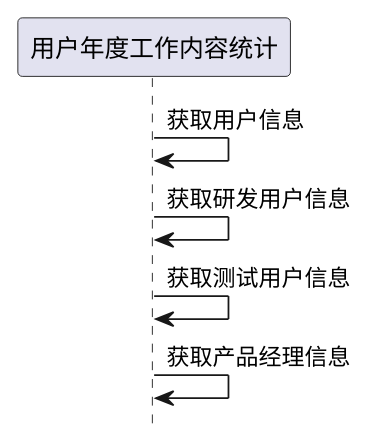
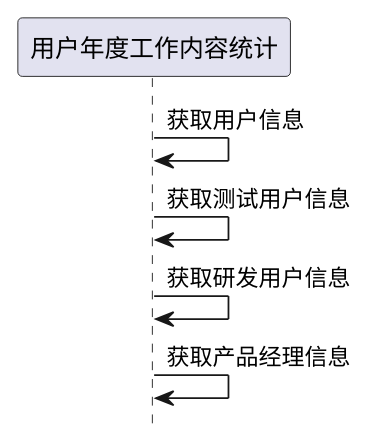
Before and after one commit to goblinln/iBizPMS: the second of 5 diagrams in ibizpms-docs/src/main/doc/v1/module/ibiz/UserYearWorkStats_old.md, drawn with PlantUML. The commit also changed other lines of this file and 106 other files, not shown here.

```diff
--- a/ibizpms-docs/src/main/doc/v1/module/ibiz/UserYearWorkStats_old.md
+++ b/ibizpms-docs/src/main/doc/v1/module/ibiz/UserYearWorkStats_old.md
@@ -164,8 +164,8 @@
 {% plantuml %}
 hide footbox
 
 用户年度工作内容统计 -> 用户年度工作内容统计: 获取用户信息
+用户年度工作内容统计 -> 用户年度工作内容统计: 获取测试用户信息
 用户年度工作内容统计 -> 用户年度工作内容统计: 获取研发用户信息
-用户年度工作内容统计 -> 用户年度工作内容统计: 获取测试用户信息
 用户年度工作内容统计 -> 用户年度工作内容统计: 获取产品经理信息
 {% endplantuml %}
```
